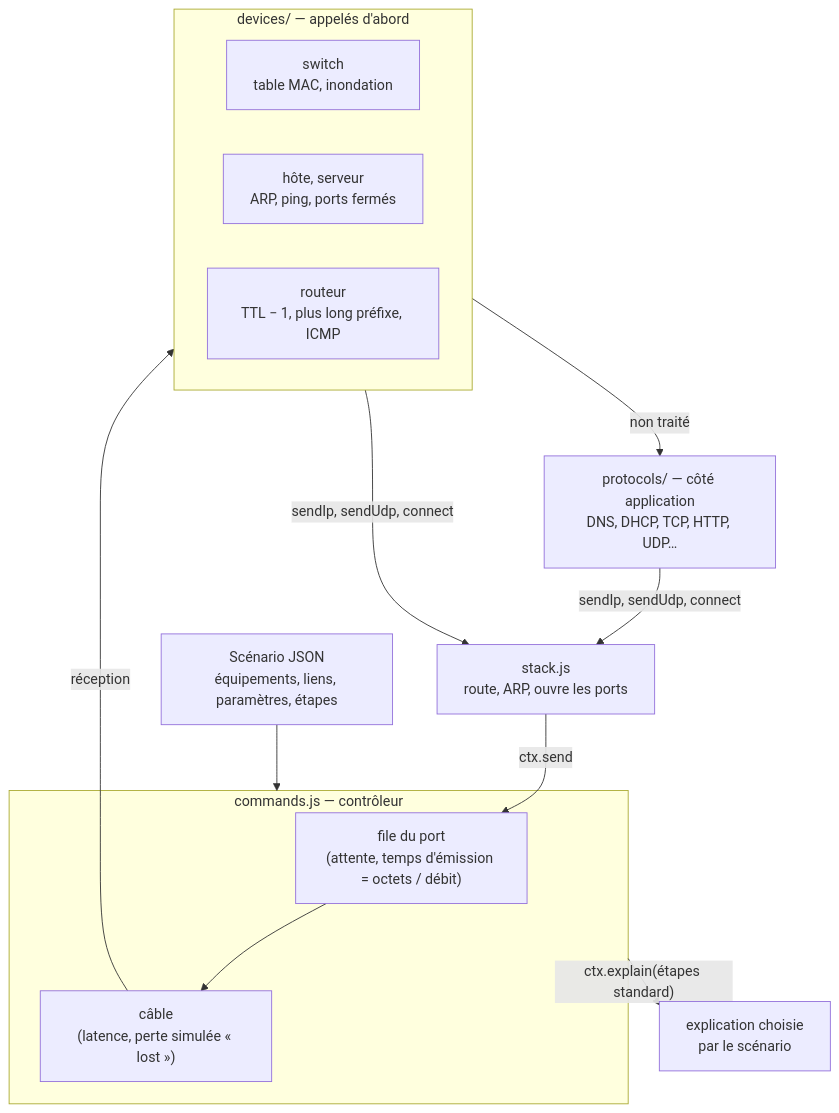
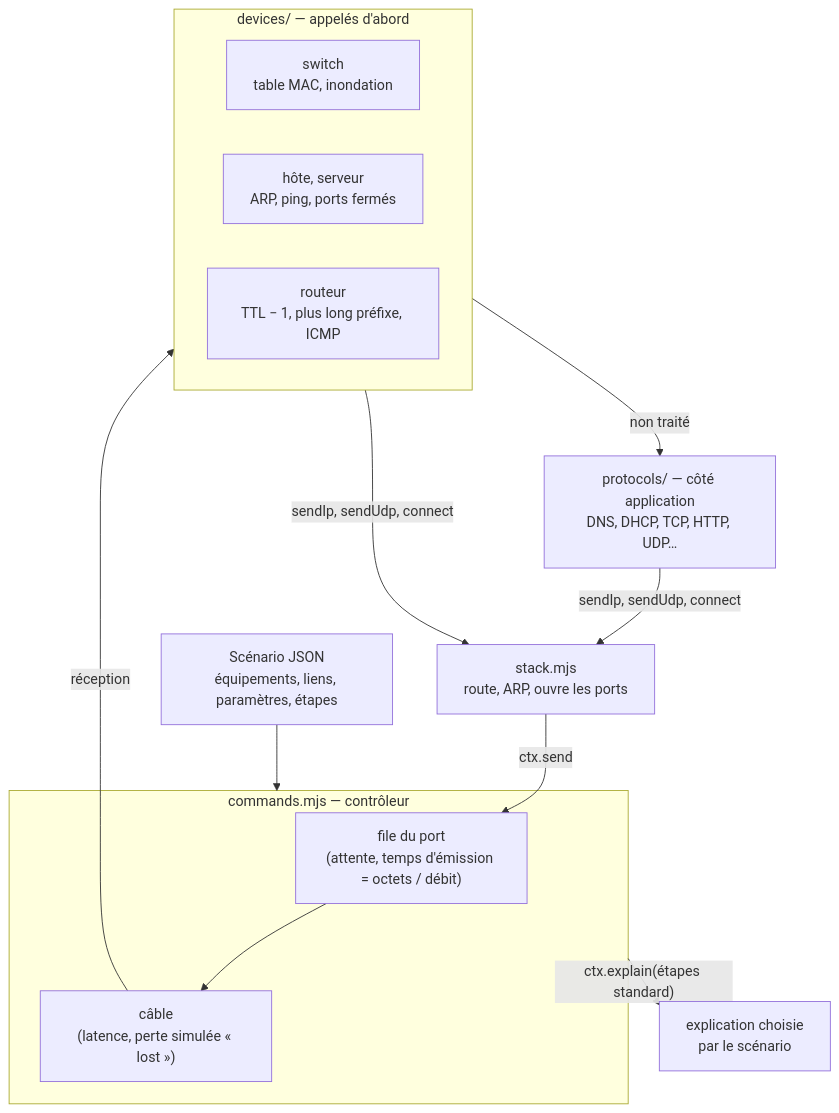
One commit to Bensabbehayoub/3D-network-topology changed the fifth of 6 diagrams in docs/architecture.md. Above: the diagram before and after it, drawn with Mermaid. The commit also changed other lines of this file and 133 other files, not shown here.

````diff
--- a/docs/architecture.md
+++ b/docs/architecture.md
@@ -173,19 +173,19 @@
 ```mermaid
 flowchart TB
     scen["Scénario JSON<br/>équipements, liens, paramètres, étapes"] --> ctrl
-    subgraph ctrl["commands.js — contrôleur"]
+    subgraph ctrl["commands.mjs — contrôleur"]
       queue["file du port<br/>(attente, temps d'émission = octets / débit)"]
       link["câble<br/>(latence, perte simulée « lost »)"]
       queue --> link
     end
     link -- "réception" --> dev
     subgraph dev["devices/ — appelés d'abord"]
       sw["switch<br/>table MAC, inondation"]
       host["hôte, serveur<br/>ARP, ping, ports fermés"]
       rt["routeur<br/>TTL − 1, plus long préfixe, ICMP"]
     end
     dev -- "non traité" --> proto["protocols/ — côté application<br/>DNS, DHCP, TCP, HTTP, UDP…"]
-    proto & dev -- "sendIp, sendUdp, connect" --> stack["stack.js<br/>route, ARP, ouvre les ports"]
+    proto & dev -- "sendIp, sendUdp, connect" --> stack["stack.mjs<br/>route, ARP, ouvre les ports"]
     stack -- "ctx.send" --> queue
     ctrl -- "ctx.explain(étapes standard)" --> steps["explication choisie<br/>par le scénario"]
 ```
````
